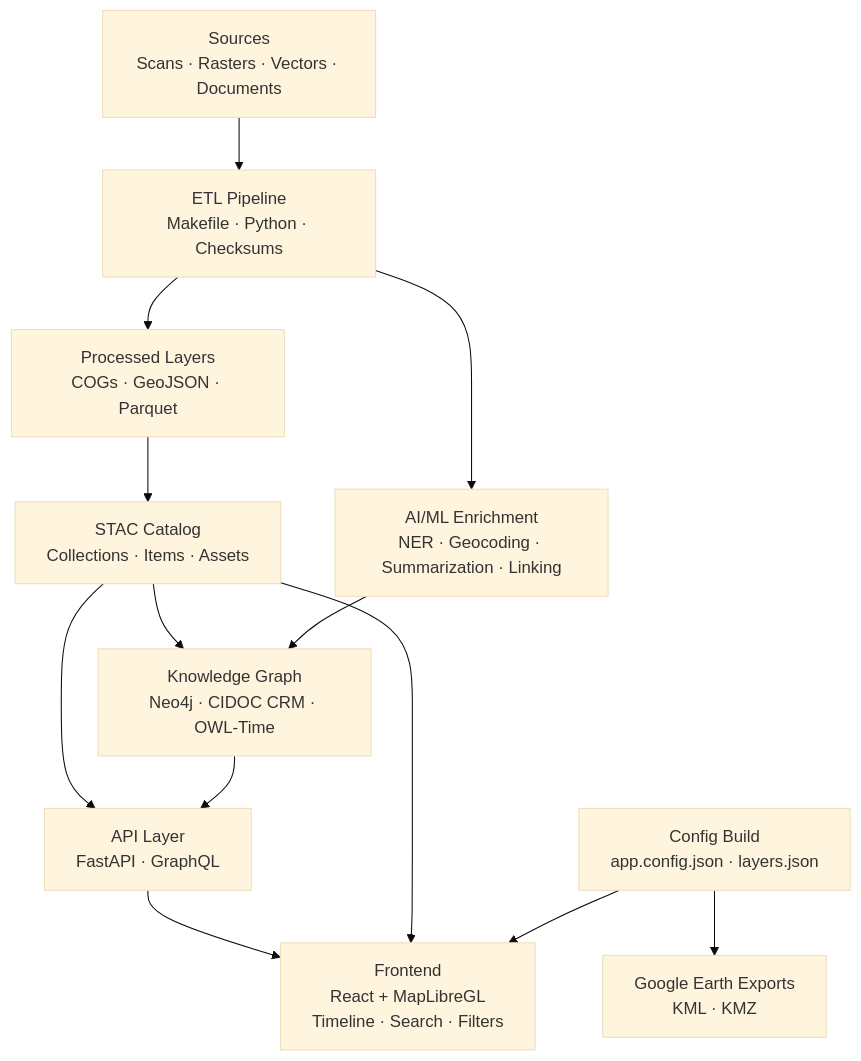
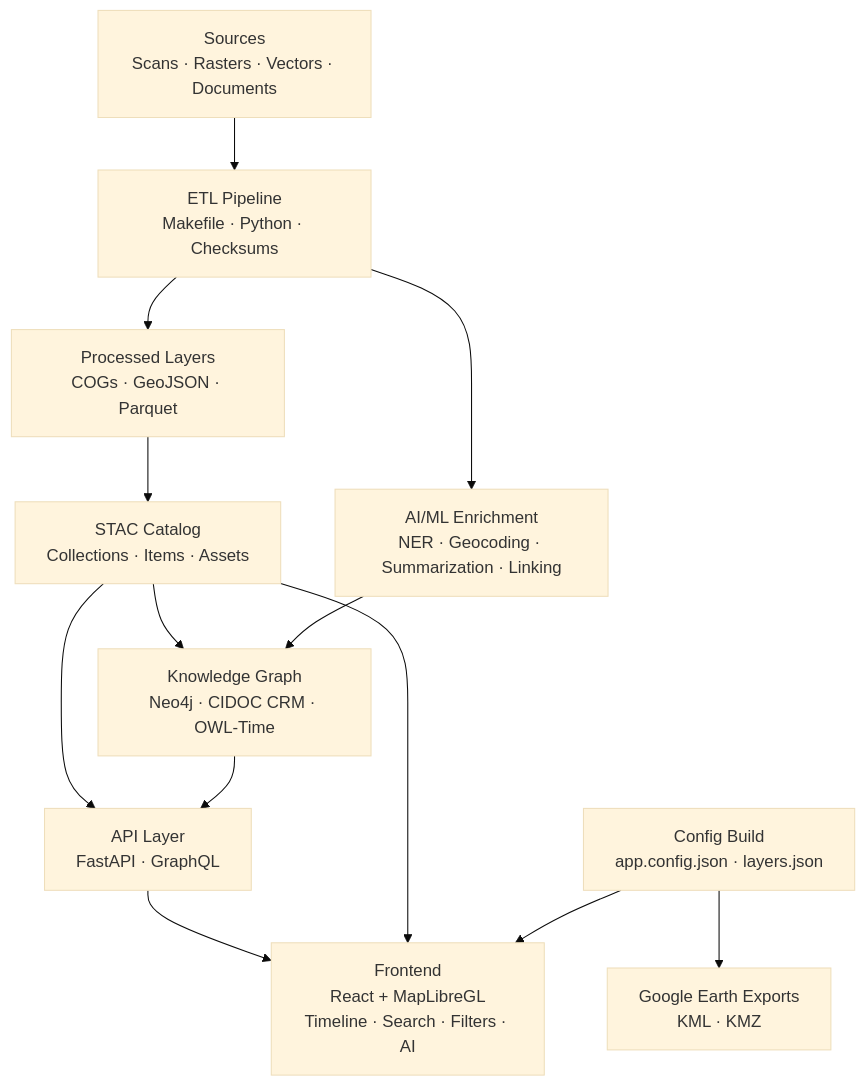
The first of 2 diagrams in src/ARCHITECTURE.md (bartytime4life/Kansas-Frontier-Matrix), drawn with Mermaid (base theme) before and after one commit. The commit also changed other lines of this file, not shown here.

`````diff
--- a/src/ARCHITECTURE.md
+++ b/src/ARCHITECTURE.md
@@ -50,19 +71,19 @@
 ```mermaid
 flowchart TD
-    A["Sources<br/>Scans · Rasters · Vectors · Documents"] --> B["ETL Pipeline<br/>Makefile · Python · Checksums"]
-    B --> C["Processed Layers<br/>COGs · GeoJSON · Parquet"]
-    B --> I["AI/ML Enrichment<br/>NER · Geocoding · Summarization · Linking"]
+    srcA["Sources<br/>Scans · Rasters · Vectors · Documents"] --> etlA["ETL Pipeline<br/>Makefile · Python · Checksums"]
+    etlA --> procA["Processed Layers<br/>COGs · GeoJSON · Parquet"]
+    etlA --> aiA["AI/ML Enrichment<br/>NER · Geocoding · Summarization · Linking"]
 
-    C --> D["STAC Catalog<br/>Collections · Items · Assets"]
-    D --> H["Knowledge Graph<br/>Neo4j · CIDOC CRM · OWL-Time"]
-    I --> H
+    procA --> stacA["STAC Catalog<br/>Collections · Items · Assets"]
+    stacA --> kgA["Knowledge Graph<br/>Neo4j · CIDOC CRM · OWL-Time"]
+    aiA --> kgA
 
-    D --> J["API Layer<br/>FastAPI · GraphQL"]
-    H --> J
+    stacA --> apiA["API Layer<br/>FastAPI · GraphQL"]
+    kgA --> apiA
 
-    J --> F["Frontend<br/>React + MapLibreGL<br/>Timeline · Search · Filters"]
-    D --> F
+    apiA --> webA["Frontend<br/>React + MapLibreGL<br/>Timeline · Search · Filters · AI"]
+    stacA --> webA
 
-    E["Config Build<br/>app.config.json · layers.json"] --> F
-    E --> G["Google Earth Exports<br/>KML · KMZ"]
-````
+    cfgA["Config Build<br/>app.config.json · layers.json"] --> webA
+    cfgA --> exportA["Google Earth Exports<br/>KML · KMZ"]
+```
`````
